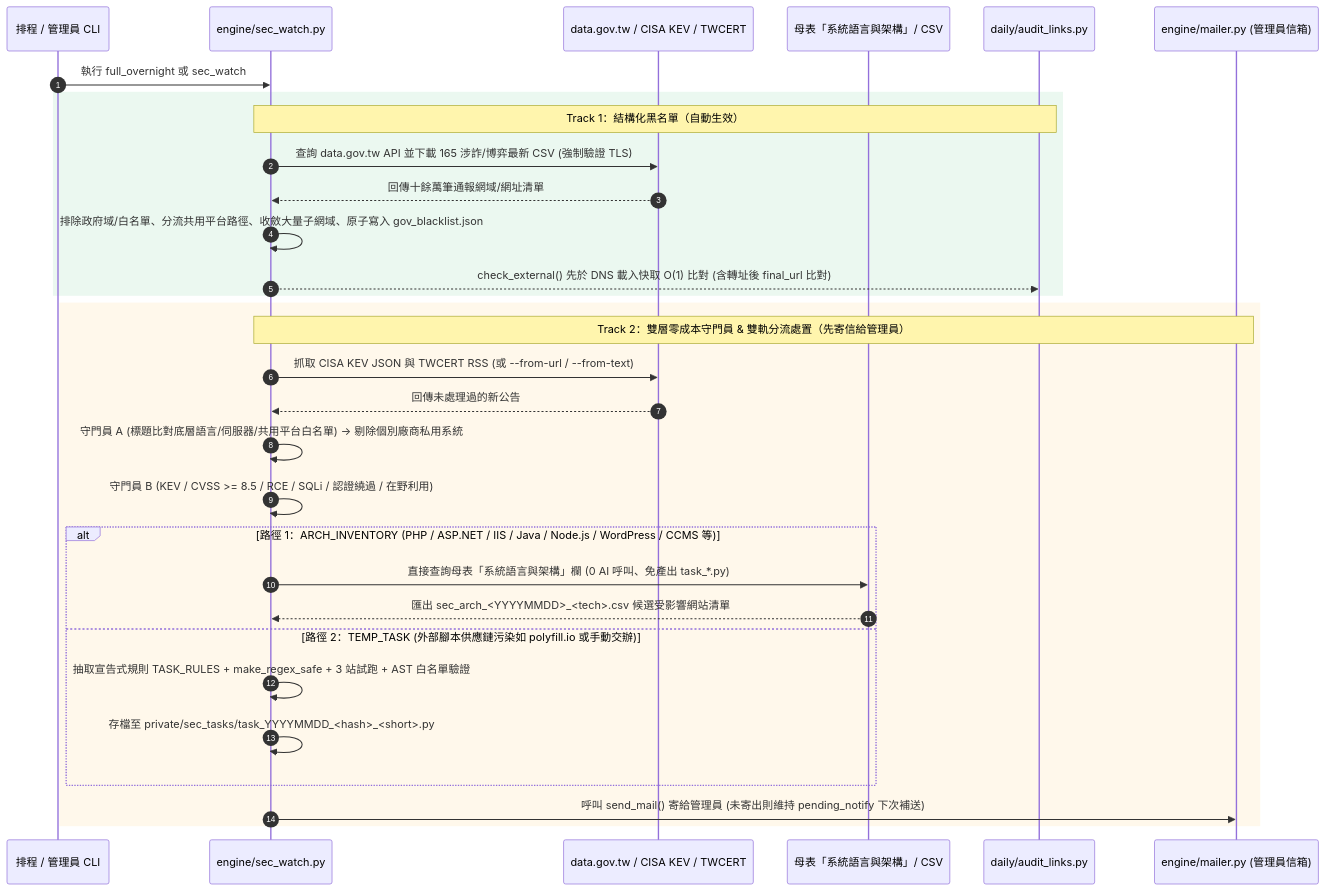
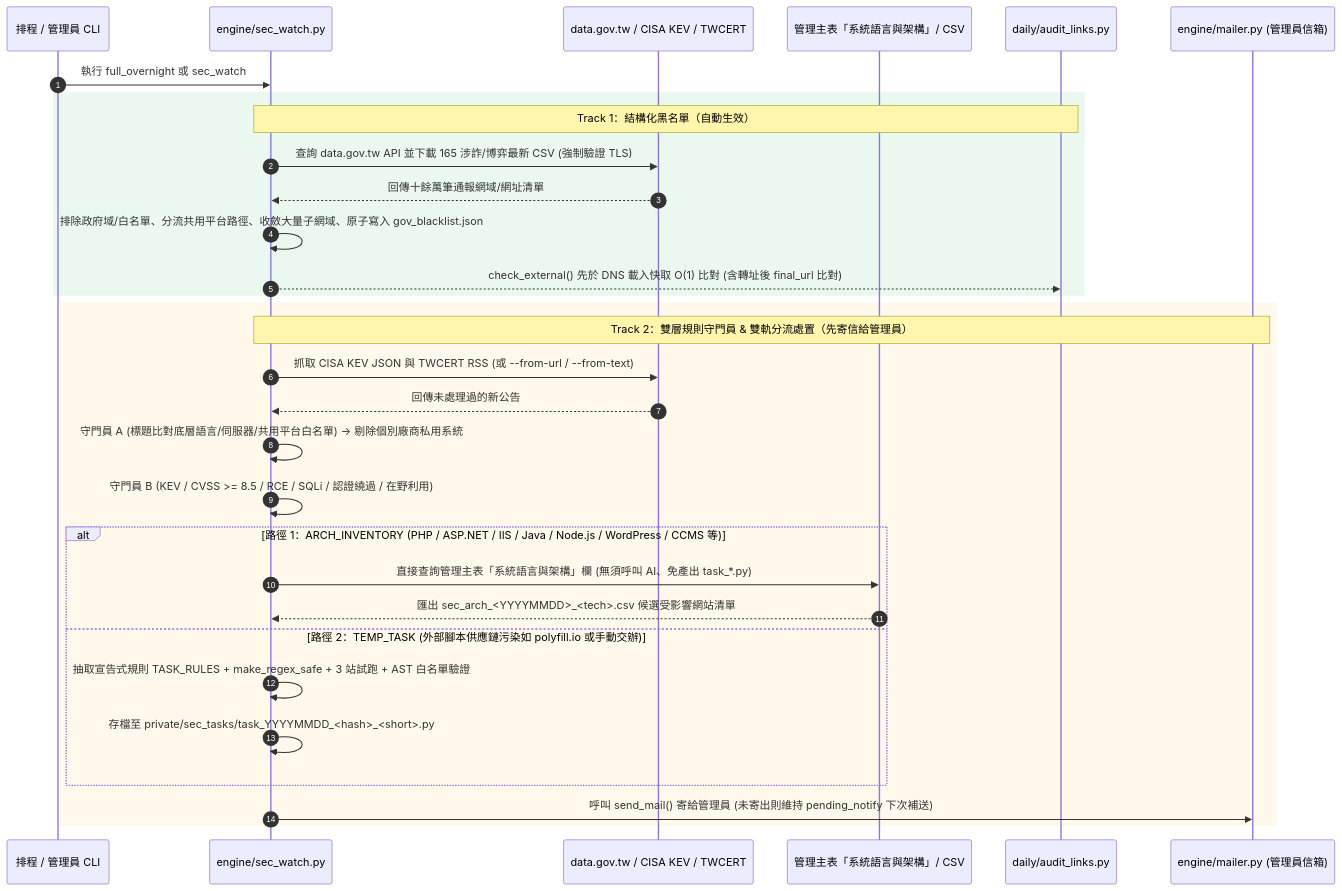
The second of 2 diagrams in docs/SEC_INTEL_DESIGN.md (acebd12345/websitecheck), drawn with Mermaid before and after one commit. The commit also changed other lines of this file and 3 other files, not shown here.

````diff
--- a/docs/SEC_INTEL_DESIGN.md
+++ b/docs/SEC_INTEL_DESIGN.md
@@ -80,36 +80,36 @@
 ```mermaid
 sequenceDiagram
     autonumber
     participant Cron as 排程 / 管理員 CLI
     participant SW as engine/sec_watch.py
     participant Gov as data.gov.tw / CISA KEV / TWCERT
-    participant Sheet as 母表「系統語言與架構」/ CSV
+    participant Sheet as 管理主表「系統語言與架構」/ CSV
     participant Audit as daily/audit_links.py
     participant Mail as engine/mailer.py (管理員信箱)
 
     Cron->>SW: 執行 full_overnight 或 sec_watch
     
     rect rgb(235, 248, 240)
         Note over SW,Audit: Track 1：結構化黑名單（自動生效）
         SW->>Gov: 查詢 data.gov.tw API 並下載 165 涉詐/博弈最新 CSV (強制驗證 TLS)
         Gov-->>SW: 回傳十餘萬筆通報網域/網址清單
         SW->>SW: 排除政府域/白名單、分流共用平台路徑、收斂大量子網域、原子寫入 gov_blacklist.json
         SW-->>Audit: check_external() 先於 DNS 載入快取 O(1) 比對 (含轉址後 final_url 比對)
     end
 
     rect rgb(255, 248, 235)
-        Note over SW,Mail: Track 2：雙層零成本守門員 & 雙軌分流處置（先寄信給管理員）
+        Note over SW,Mail: Track 2：雙層規則守門員 & 雙軌分流處置（先寄信給管理員）
         SW->>Gov: 抓取 CISA KEV JSON 與 TWCERT RSS (或 --from-url / --from-text)
         Gov-->>SW: 回傳未處理過的新公告
         SW->>SW: 守門員 A (標題比對底層語言/伺服器/共用平台白名單) → 剔除個別廠商私用系統
         SW->>SW: 守門員 B (KEV / CVSS >= 8.5 / RCE / SQLi / 認證繞過 / 在野利用)
         alt 路徑 1：ARCH_INVENTORY (PHP / ASP.NET / IIS / Java / Node.js / WordPress / CCMS 等)
-            SW->>Sheet: 直接查詢母表「系統語言與架構」欄 (0 AI 呼叫、免產出 task_*.py)
+            SW->>Sheet: 直接查詢管理主表「系統語言與架構」欄 (無須呼叫 AI、免產出 task_*.py)
             Sheet-->>SW: 匯出 sec_arch_<YYYYMMDD>_<tech>.csv 候選受影響網站清單
         else 路徑 2：TEMP_TASK (外部腳本供應鏈污染如 polyfill.io 或手動交辦)
             SW->>SW: 抽取宣告式規則 TASK_RULES + make_regex_safe + 3 站試跑 + AST 白名單驗證
             SW->>SW: 存檔至 private/sec_tasks/task_YYYYMMDD_<hash>_<short>.py
         end
         SW->>Mail: 呼叫 send_mail() 寄給管理員 (未寄出則維持 pending_notify 下次補送)
     end
 ```
````
